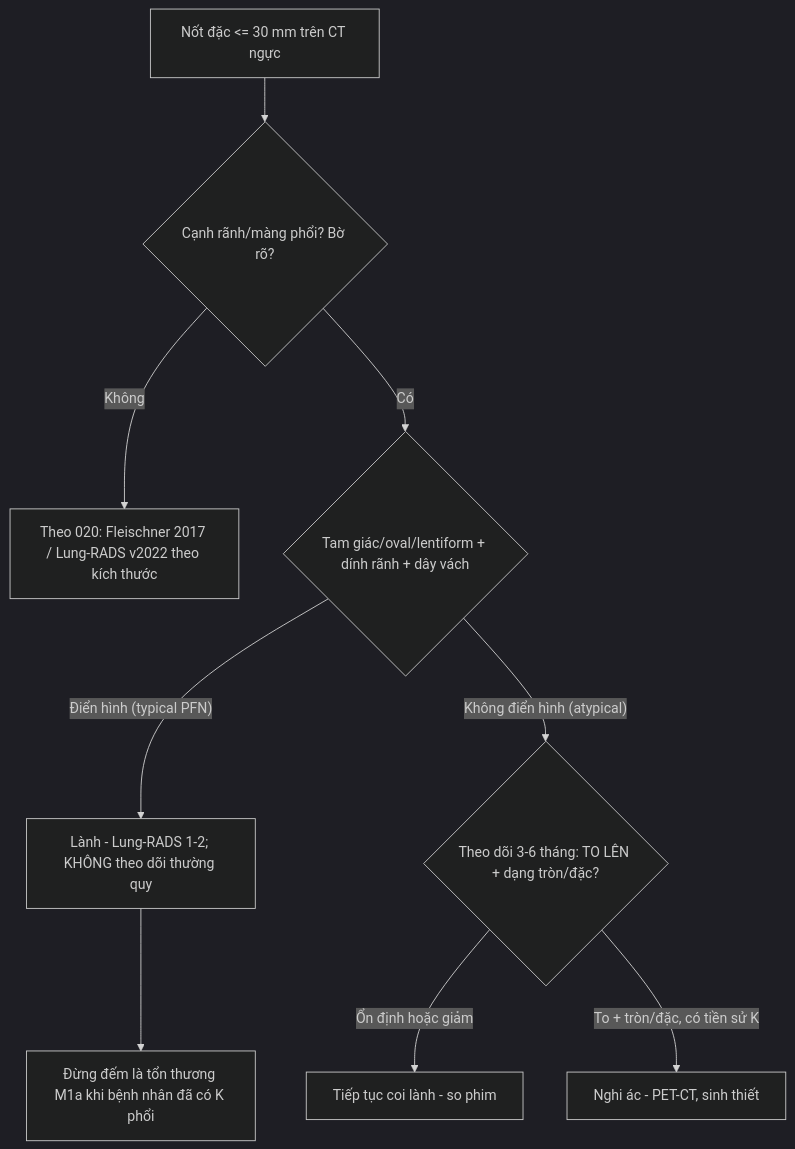
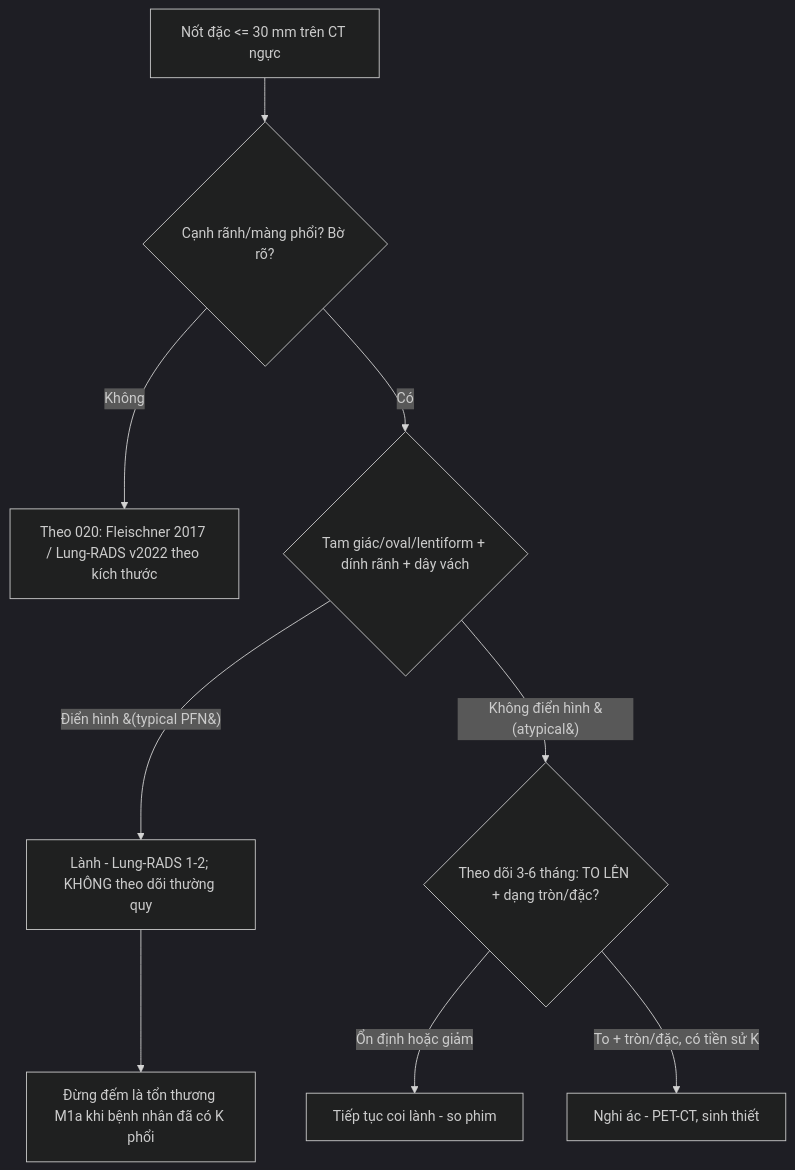
Before and after one commit to drthe92/rad: the diagram in 013-hach-noi-phoi/lesson.md, drawn with Mermaid (dark theme). The commit also changed 32 other files, not shown here.

Commit message:
Sua loi Mermaid 10.9.1 cho 31 bai (\\n-><br/>, quote label, ngoac edge label->entity, ngoac dong sai); them tools/fix_mermaid.py + gan vao quy trinh

````diff
--- a/013-hach-noi-phoi/lesson.md
+++ b/013-hach-noi-phoi/lesson.md
@@ -67,11 +67,11 @@
 ```mermaid
 flowchart TD
   A["Nốt đặc <= 30 mm trên CT ngực"] --> B{"Cạnh rãnh/màng phổi? Bờ rõ?"}
   B -->|"Không"| Z["Theo 020: Fleischner 2017 / Lung-RADS v2022 theo kích thước"]
   B -->|"Có"| C{"Tam giác/oval/lentiform + dính rãnh + dây vách"}
-  C -->|"Điển hình (typical PFN)"| D["Lành - Lung-RADS 1-2; KHÔNG theo dõi thường quy"]
-  C -->|"Không điển hình (atypical)"| E{"Theo dõi 3-6 tháng: TO LÊN + dạng tròn/đặc?"}
+  C -->|"Điển hình &#40;typical PFN&#41;"| D["Lành - Lung-RADS 1-2; KHÔNG theo dõi thường quy"]
+  C -->|"Không điển hình &#40;atypical&#41;"| E{"Theo dõi 3-6 tháng: TO LÊN + dạng tròn/đặc?"}
   E -->|"Ổn định hoặc giảm"| F["Tiếp tục coi lành - so phim"]
   E -->|"To + tròn/đặc, có tiền sử K"| G["Nghi ác - PET-CT, sinh thiết"]
   D --> H["Đừng đếm là tổn thương M1a khi bệnh nhân đã có K phổi"]
 ```
````
